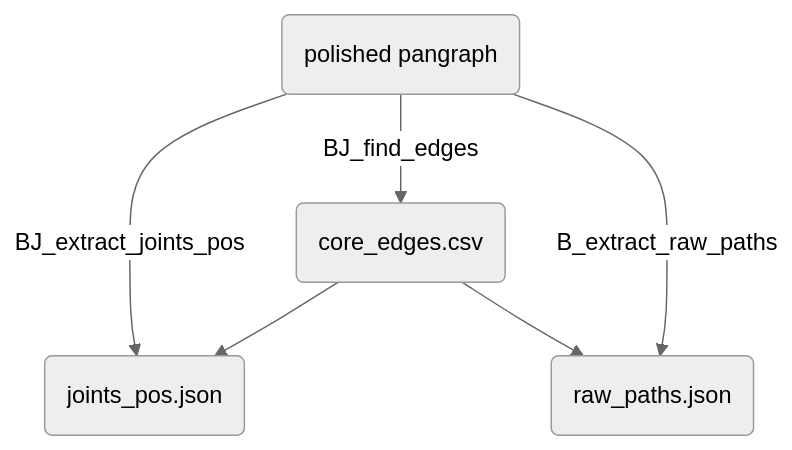
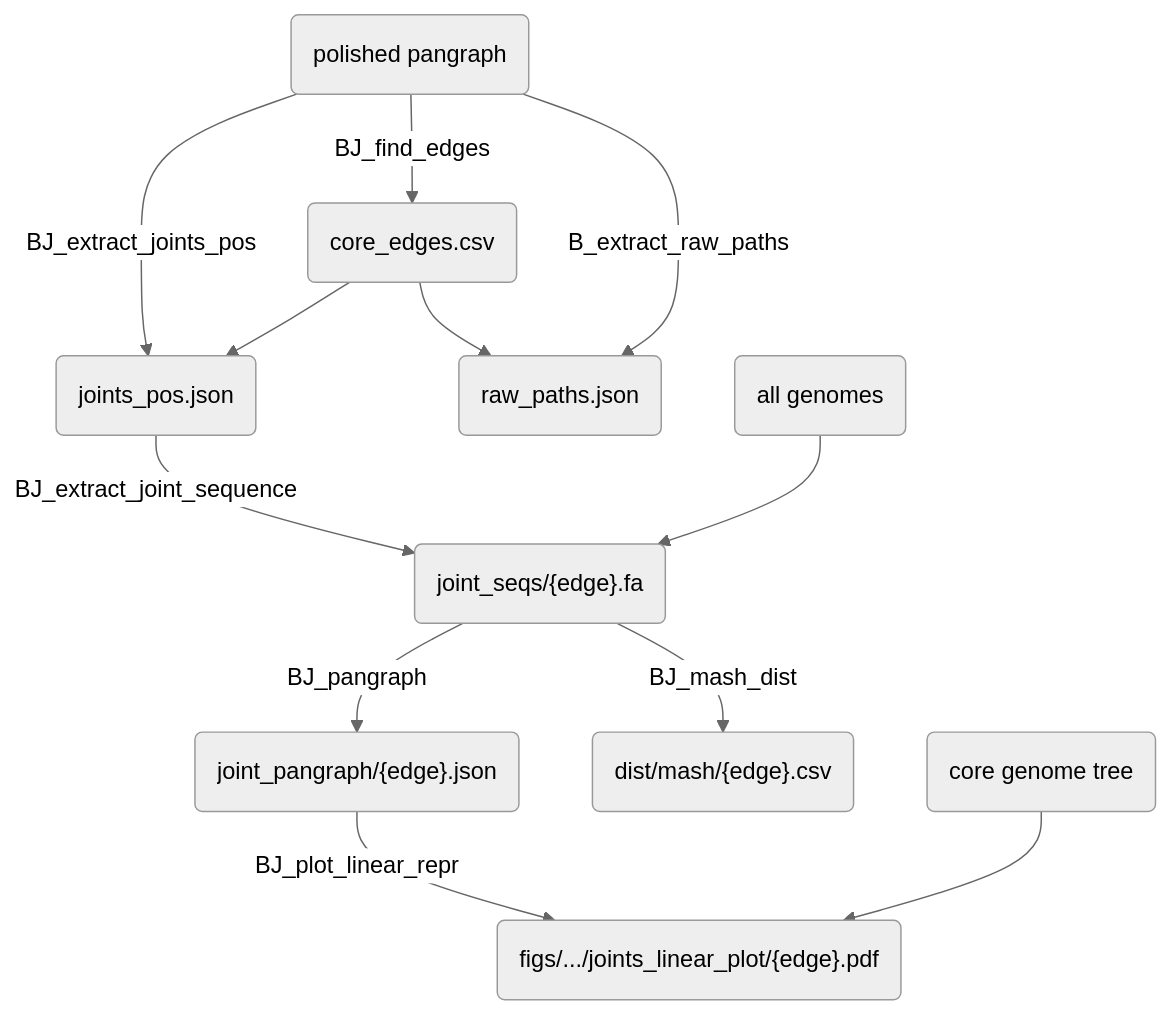
One commit to mmolari/ecoliST131-structural-evo changed the fourth of 4 diagrams in notes/01_workflow_description.md. Above: the diagram before and after it, drawn with Mermaid (neutral theme). The commit also changed other lines of this file, not shown here.

````diff
--- a/notes/01_workflow_description.md
+++ b/notes/01_workflow_description.md
@@ -71,9 +71,16 @@
 ```mermaid
 flowchart TD
+    A --> |BJ_extract_joints_pos| C("joints_pos.json")
     A("polished pangraph") --> |BJ_find_edges| B("core_edges.csv")
-    A --> |BJ_extract_joints_pos| C("joints_pos.json")
     B --> C
     B --> D
     A --> |B_extract_raw_paths| D("raw_paths.json")
+    F("all genomes") --> E
+    C --> |BJ_extract_joint_sequence| E("joint_seqs/{edge}.fa")
+    E --> |BJ_pangraph| G("joint_pangraph/{edge}.json")
+    E --> |BJ_mash_dist| H("dist/mash/{edge}.csv")
+    T("core genome tree") --> I
+    G --> |BJ_plot_linear_repr| I("figs/.../joints_linear_plot/{edge}.pdf")
+
 
 ```
````
